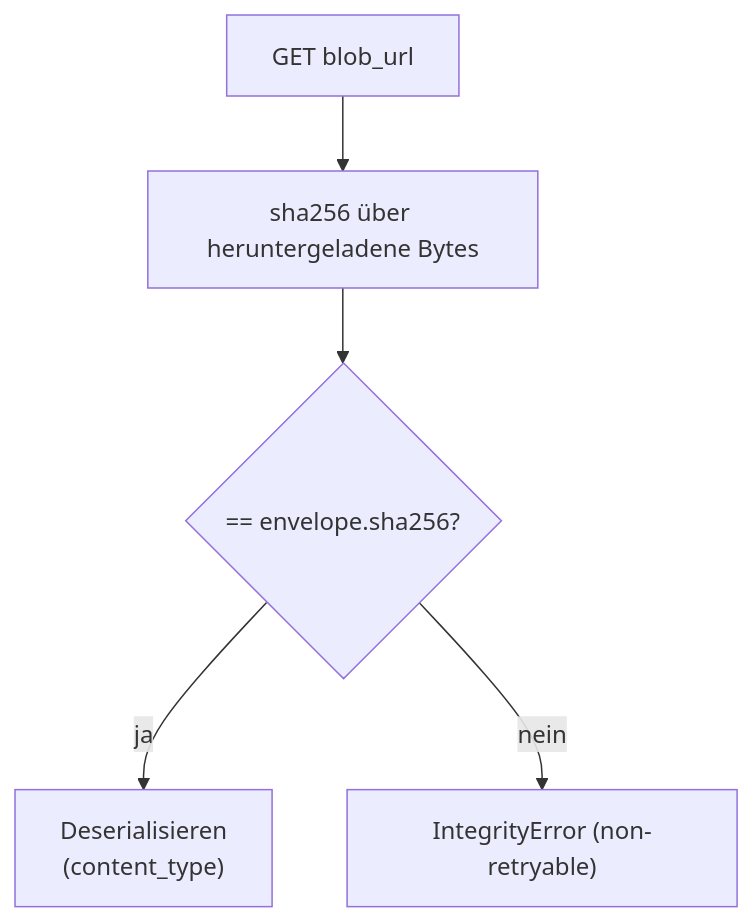
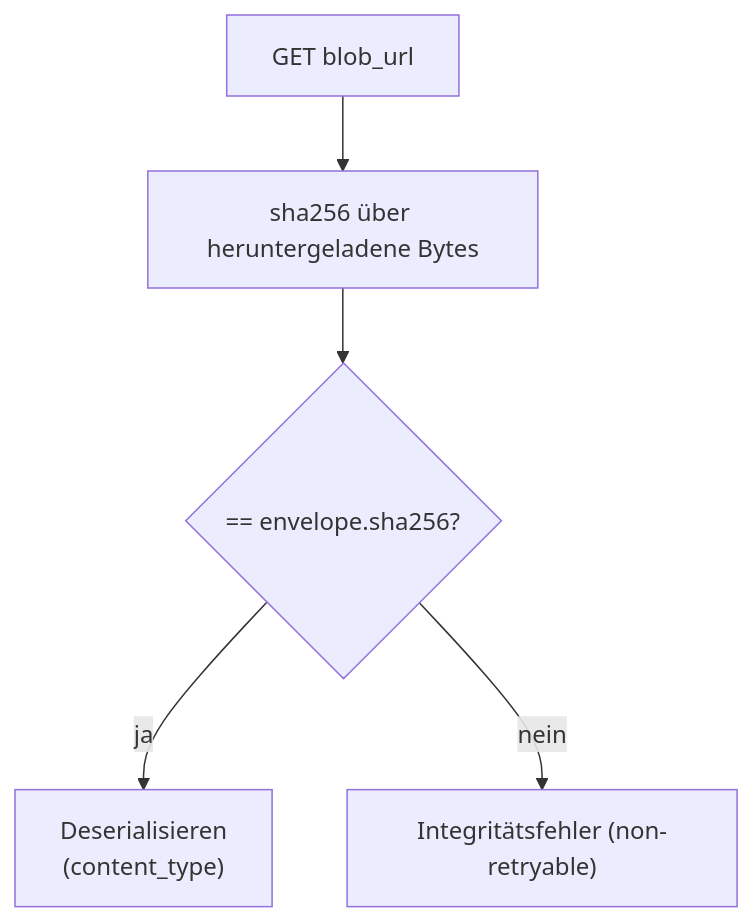
Before and after one commit to haalfi/integration-showcase: the diagram in docs/guides/blob/payload-lesen-und-verifizieren.md, drawn with Mermaid. The commit also changed other lines of this file and 4 other files, not shown here.

````diff
--- a/docs/guides/blob/payload-lesen-und-verifizieren.md
+++ b/docs/guides/blob/payload-lesen-und-verifizieren.md
@@ -20,11 +20,11 @@
 ```mermaid
 flowchart TD
     G["GET blob_url"]
     H["sha256 über heruntergeladene Bytes"]
     C{"== envelope.sha256?"}
     D["Deserialisieren<br/>(content_type)"]
-    F["IntegrityError (non-retryable)"]
+    F["Integritätsfehler (non-retryable)"]
     G --> H --> C
     C -- ja --> D
     C -- nein --> F
 ```
````
